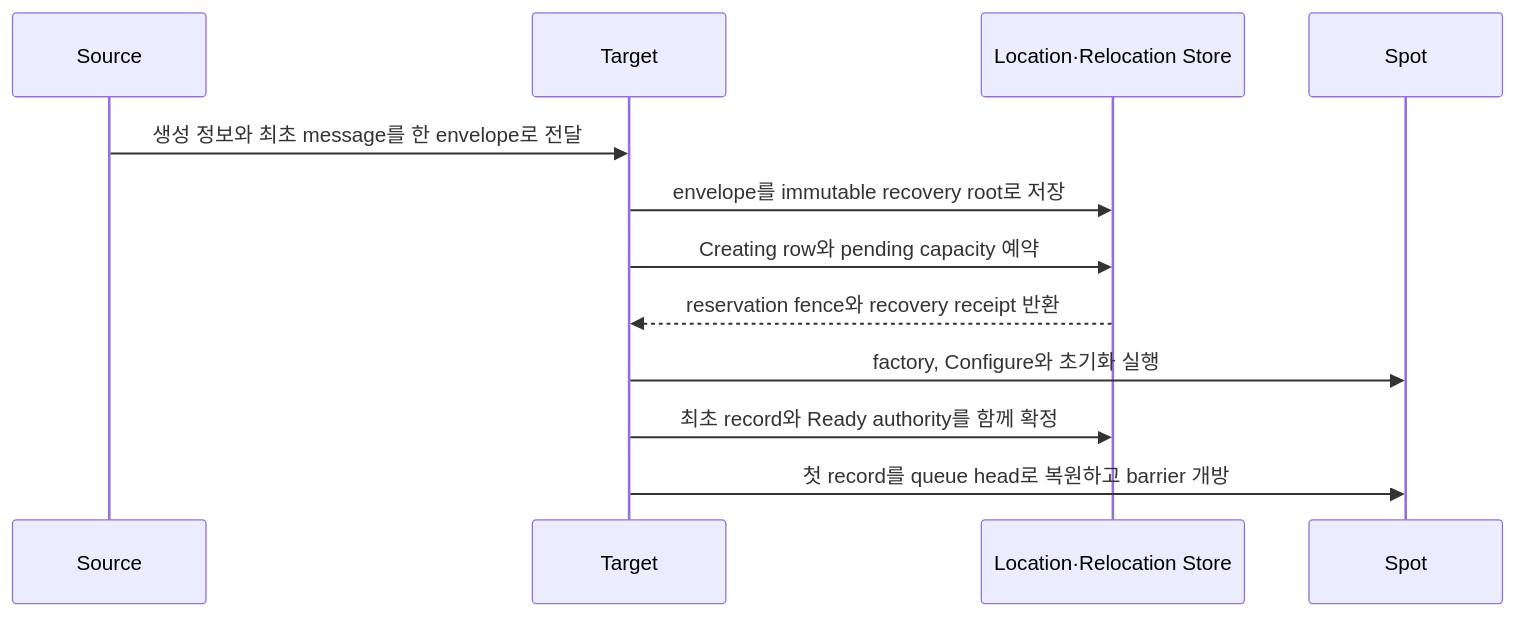
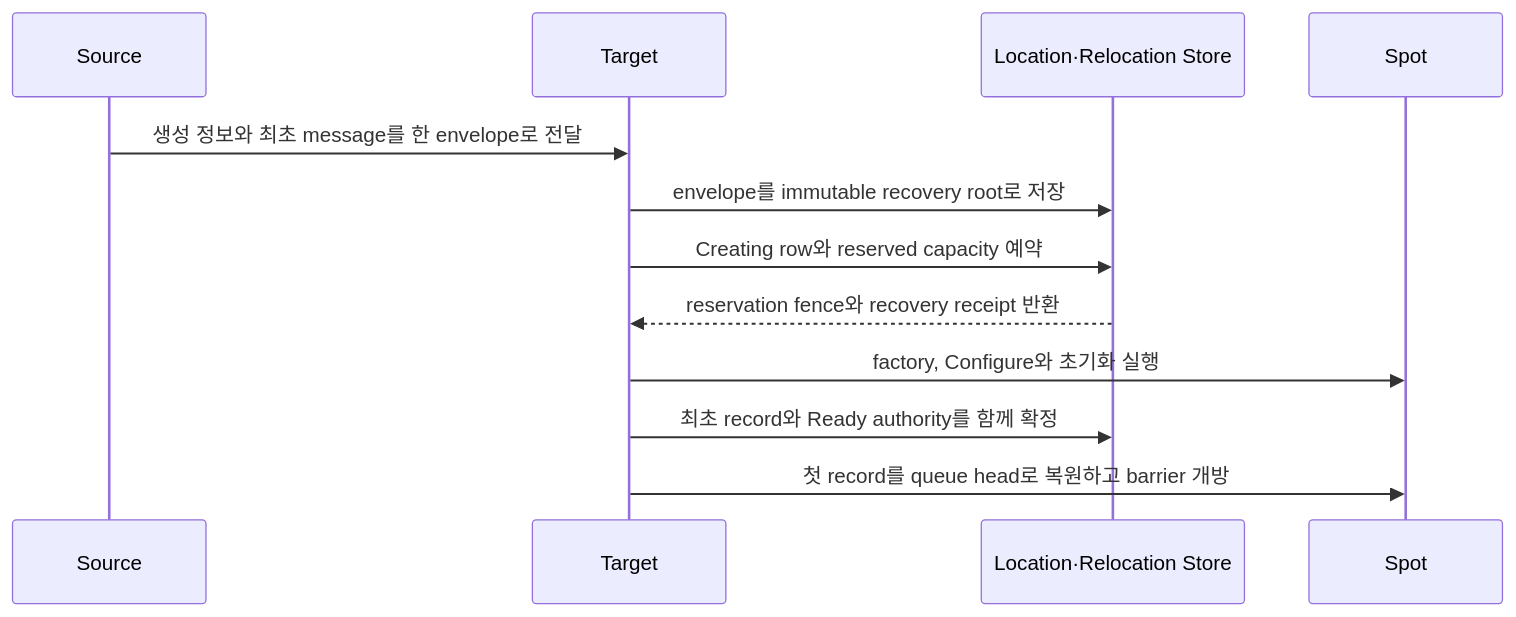
Before and after one commit to kairos-code-dev/zlink: the diagram in framework/doc/framework/common/spec/server/languages/dotnet/interfaces/05-spots.ko.md, drawn with Mermaid. The commit also changed other lines of this file and 385 other files, not shown here.

````diff
--- a/framework/doc/framework/common/spec/server/languages/dotnet/interfaces/05-spots.ko.md
+++ b/framework/doc/framework/common/spec/server/languages/dotnet/interfaces/05-spots.ko.md
@@ -595,15 +595,15 @@
 ```mermaid
 sequenceDiagram
     participant Source
     participant Target
     participant Store as Location·Relocation Store
     participant Spot
 
     Source->>Target: 생성 정보와 최초 message를 한 envelope로 전달
     Target->>Store: envelope를 immutable recovery root로 저장
-    Target->>Store: Creating row와 pending capacity 예약
+    Target->>Store: Creating row와 reserved capacity 예약
     Store-->>Target: reservation fence와 recovery receipt 반환
     Target->>Spot: factory, Configure와 초기화 실행
     Target->>Store: 최초 record와 Ready authority를 함께 확정
     Target->>Spot: 첫 record를 queue head로 복원하고 barrier 개방
 ```
````
